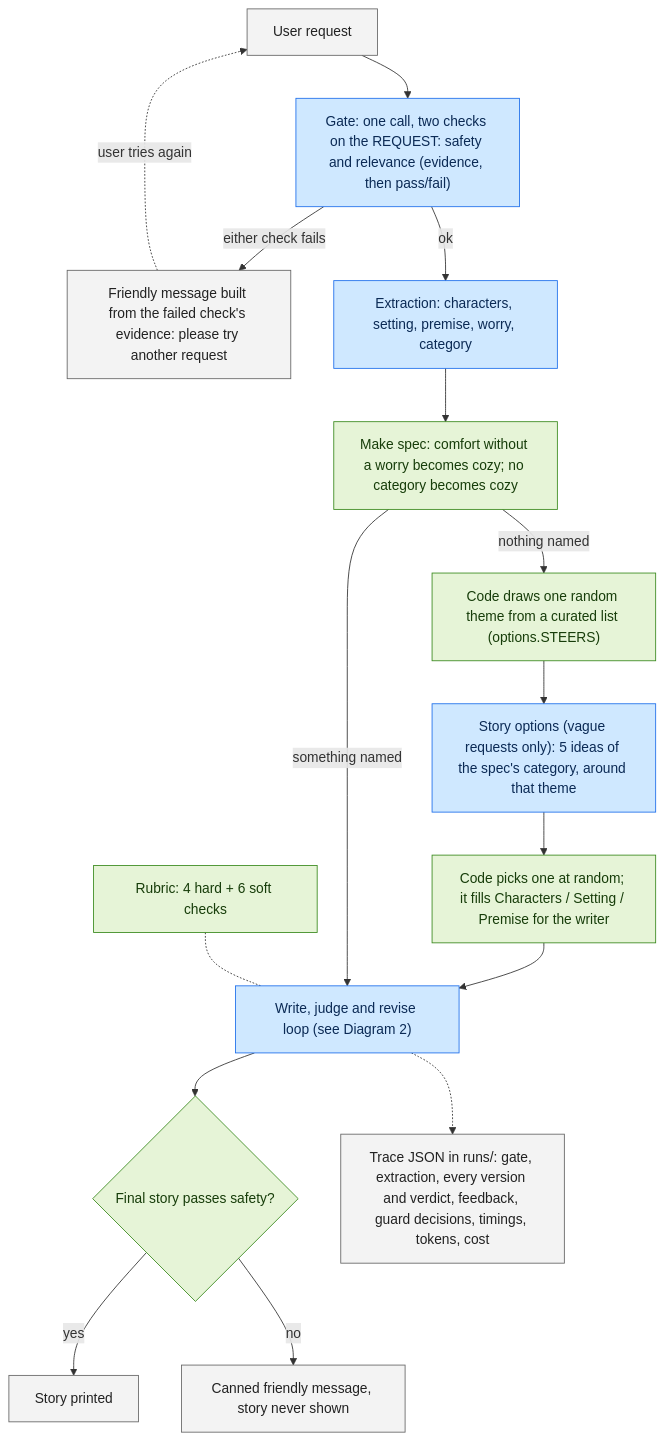
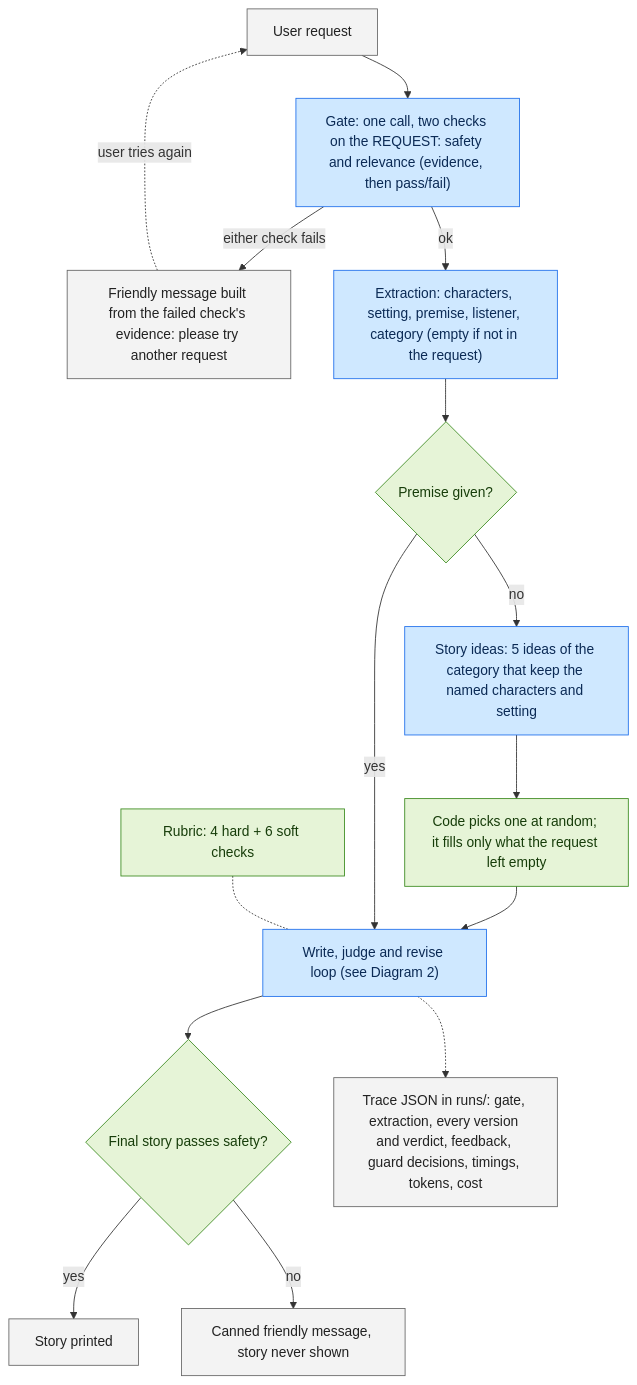
The second of 3 diagrams in docs/ARCHITECTURE.md (Sumo-99/hippocratic_ai_assessment), drawn with Mermaid before and after one commit. The commit also changed other lines of this file and 1 other file, not shown here.

Commit message:
docs: describe the three-rule flow and log the minification

````diff
--- a/docs/ARCHITECTURE.md
+++ b/docs/ARCHITECTURE.md
@@ -24,33 +24,32 @@
 ```mermaid
 flowchart TD
     U["User request"]:::io
     GATE["Gate: one call, two checks on the REQUEST: safety and relevance (evidence, then pass/fail)"]:::llm
     REJ["Friendly message built from the failed check's evidence: please try another request"]:::io
-    EXT["Extraction: characters, setting, premise, worry, category"]:::llm
-    SPEC["Make spec: comfort without a worry becomes cozy; no category becomes cozy"]:::code
-    STEER["Code draws one random theme from a curated list (options.STEERS)"]:::code
-    OPTS["Story options (vague requests only): 5 ideas of the spec's category, around that theme"]:::llm
-    PICK["Code picks one at random; it fills Characters / Setting / Premise for the writer"]:::code
+    EXT["Extraction: characters, setting, premise, listener, category (empty if not in the request)"]:::llm
+    PREM{"Premise given?"}:::code
+    OPTS["Story ideas: 5 ideas of the category that keep the named characters and setting"]:::llm
+    PICK["Code picks one at random; it fills only what the request left empty"]:::code
     LOOP["Write, judge and revise loop (see Diagram 2)"]:::llm
     RUBRIC["Rubric: 4 hard + 6 soft checks"]:::code
     SAFE{"Final story passes safety?"}:::code
     OUT["Story printed"]:::io
     CANNED["Canned friendly message, story never shown"]:::io
     TRACE["Trace JSON in runs/: gate, extraction, every version and verdict, feedback, guard decisions, timings, tokens, cost"]:::io
 
     U --> GATE
     GATE -->|"either check fails"| REJ
     REJ -.->|"user tries again"| U
-    GATE -->|ok| EXT --> SPEC
-    SPEC -->|"nothing named"| STEER --> OPTS --> PICK --> LOOP
-    SPEC -->|"something named"| LOOP
+    GATE -->|ok| EXT --> PREM
+    PREM -->|no| OPTS --> PICK --> LOOP
+    PREM -->|yes| LOOP
     RUBRIC -.- LOOP
     LOOP --> SAFE
     SAFE -->|yes| OUT
     SAFE -->|no| CANNED
     LOOP -.-> TRACE
 
     classDef llm fill:#cfe8ff,stroke:#1f6feb,color:#0b2a55
     classDef code fill:#e6f4d7,stroke:#3b8a1f,color:#173d0a
     classDef io fill:#f3f3f3,stroke:#666,color:#222
 ```
````
